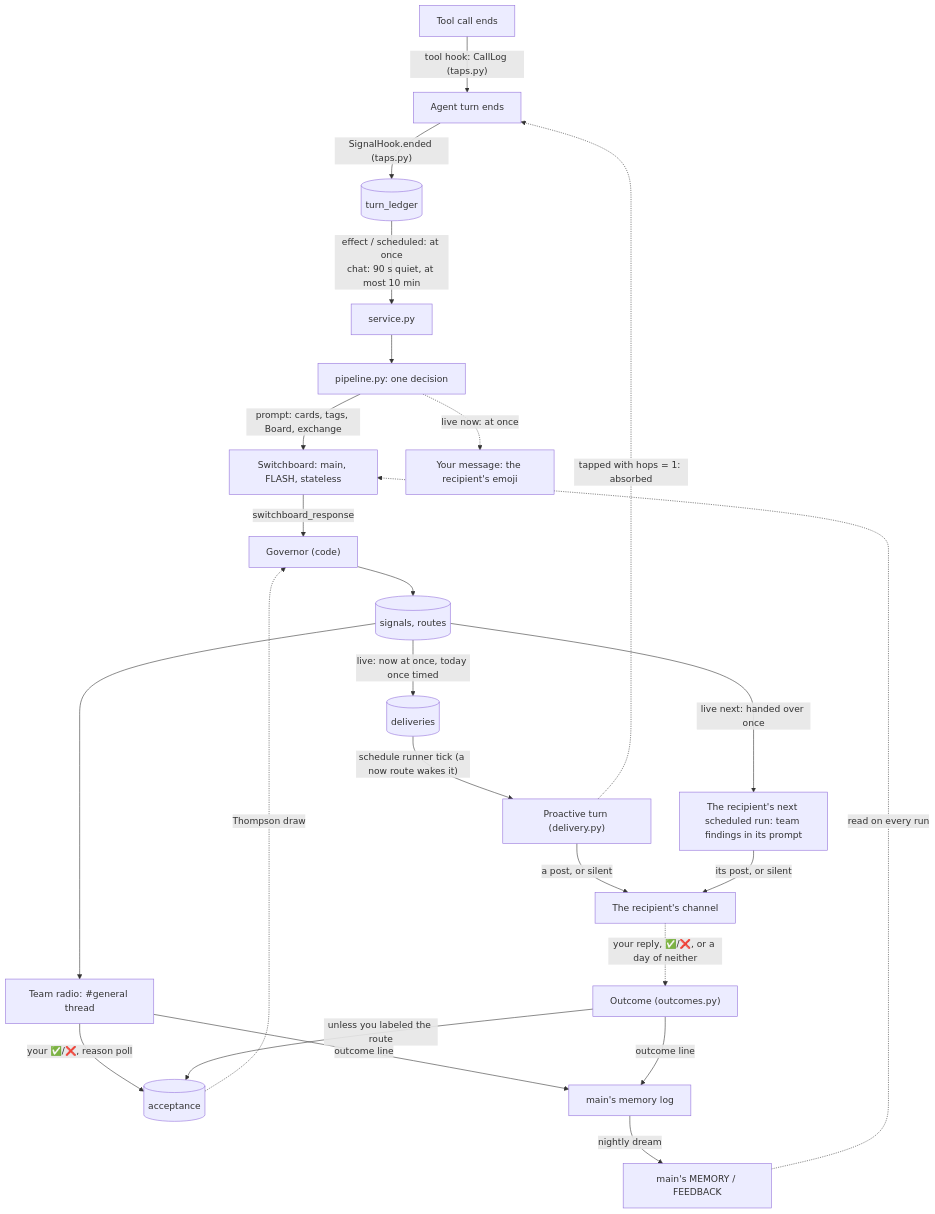
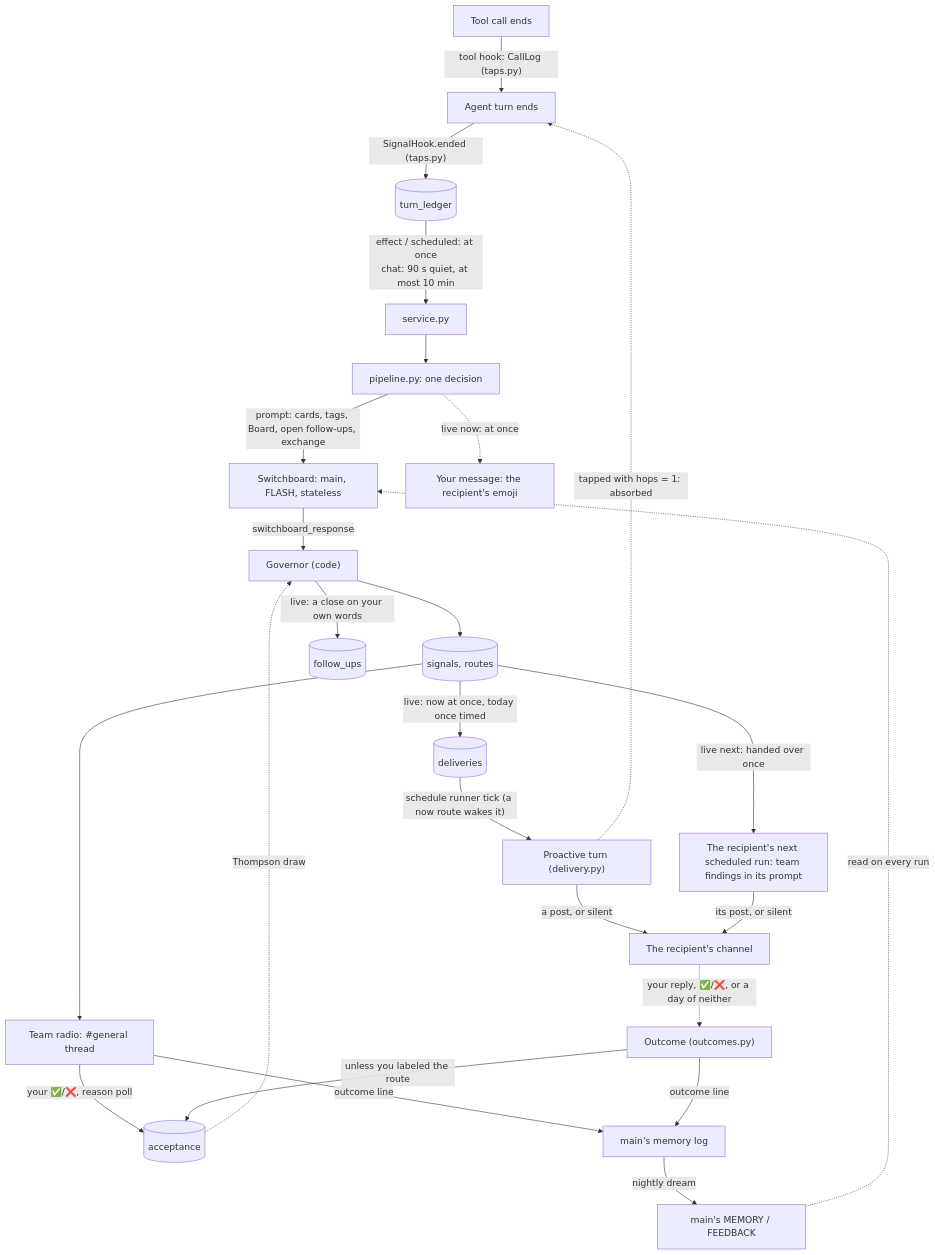
One commit to cheungyang/aoc changed the diagram in core/proactive/README.md. Above: the diagram before and after it, drawn with Mermaid. The commit also changed other lines of this file and 23 other files, not shown here.

````diff
--- a/core/proactive/README.md
+++ b/core/proactive/README.md
@@ -26,26 +26,27 @@
 ```mermaid
 flowchart TD
     C["Tool call ends"] -->|"tool hook: CallLog (taps.py)"| T["Agent turn ends"]
     T -->|"SignalHook.ended (taps.py)"| L[("turn_ledger")]
     L -->|"effect / scheduled: at once<br/>chat: 90 s quiet, at most 10 min"| S["service.py"]
     S --> P["pipeline.py: one decision"]
-    P -->|"prompt: cards, tags, Board, exchange"| SB["Switchboard: main, FLASH, stateless"]
+    P -->|"prompt: cards, tags, Board, open follow-ups, exchange"| SB["Switchboard: main, FLASH, stateless"]
     SB -->|"switchboard_response"| G["Governor (code)"]
     G --> B[("signals, routes")]
+    G -->|"live: a close on your own words"| FU[("follow_ups")]
     B --> R["Team radio: #general thread"]
     R -->|"your ✅/❌, reason poll"| A[("acceptance")]
     R -->|"outcome line"| M["main's memory log"]
     M -->|"nightly dream"| F["main's MEMORY / FEEDBACK"]
     F -.->|"read on every run"| SB
     A -.->|"Thompson draw"| G
     B -->|"live: now at once, today once timed"| D[("deliveries")]
     P -.->|"live now: at once"| Y["Your message: the recipient's emoji"]
     D -->|"schedule runner tick (a now route wakes it)"| PT["Proactive turn (delivery.py)"]
     PT -->|"a post, or silent"| CH["The recipient's channel"]
     PT -.->|"tapped with hops = 1: absorbed"| T
     B -->|"live next: handed over once"| SR["The recipient's next scheduled run: team findings in its prompt"]
     SR -->|"its post, or silent"| CH
     CH -.->|"your reply, ✅/❌, or a day of neither"| O["Outcome (outcomes.py)"]
     O -->|"unless you labeled the route"| A
     O -->|"outcome line"| M
 ```
````
